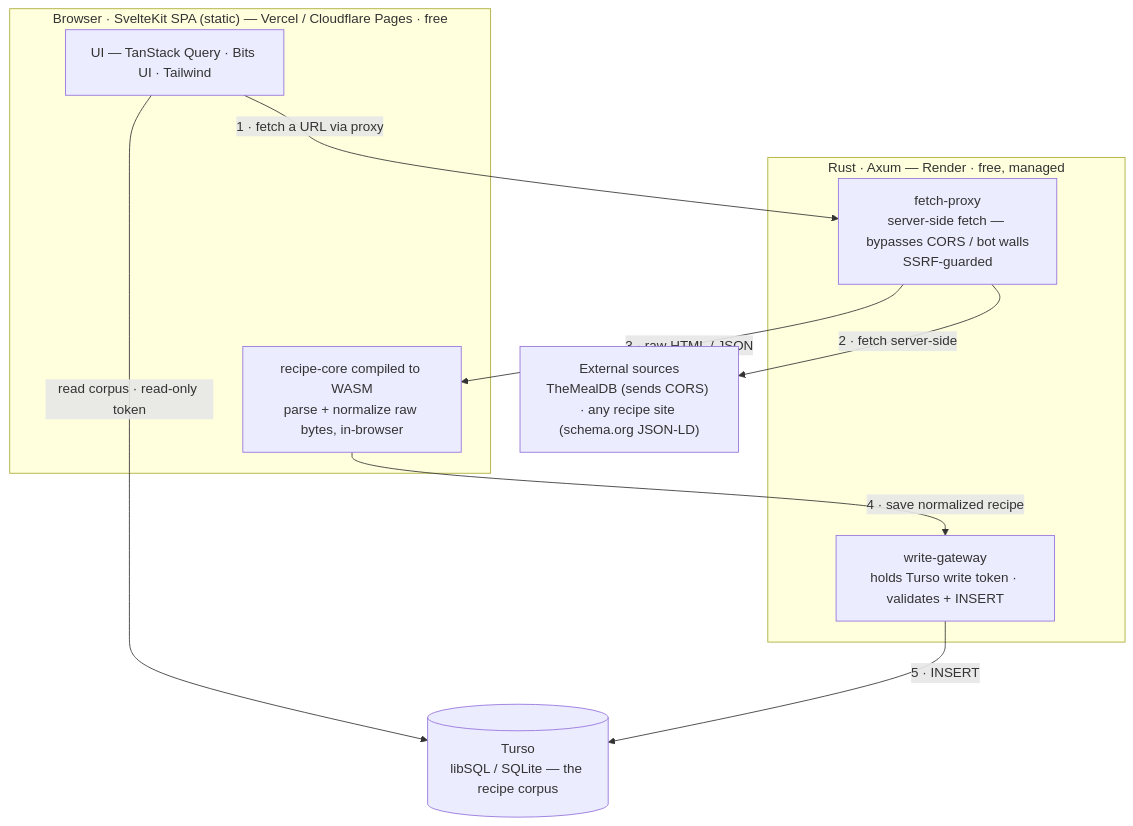
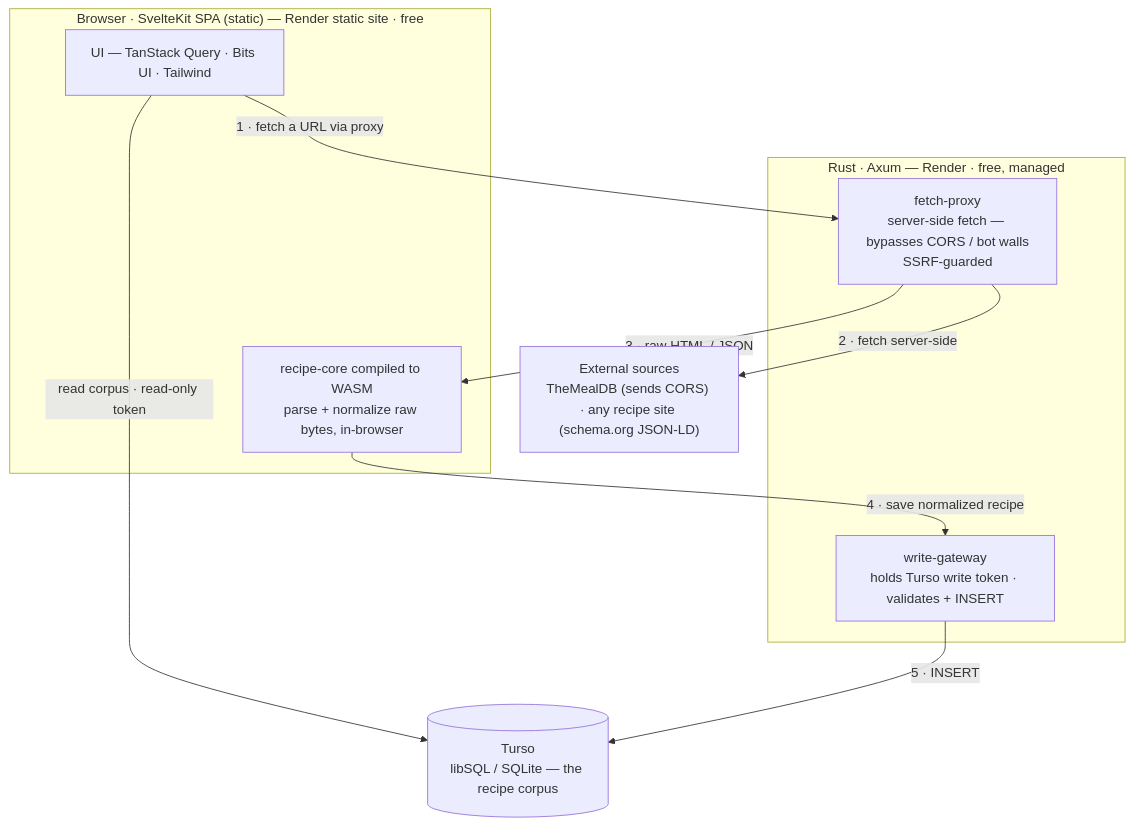
The diagram in README.md (thedavidmeister/recipes), drawn with Mermaid before and after one commit. The commit also changed other lines of this file and 1 other file, not shown here.

First line of the commit message:
docs: stack is Render + Turso; record the Storybook convention

````diff
--- a/README.md
+++ b/README.md
@@ -10,22 +10,22 @@
 ```mermaid
 flowchart TD
-    subgraph browser["Browser · SvelteKit SPA (static) — Vercel / Cloudflare Pages · free"]
+    subgraph browser["Browser · SvelteKit SPA (static) — Render static site · free"]
         ui["UI — TanStack Query · Bits UI · Tailwind"]
         wasm["recipe-core compiled to WASM<br/>parse + normalize raw bytes, in-browser"]
     end
 
     subgraph render["Rust · Axum — Render · free, managed"]
         proxy["fetch-proxy<br/>server-side fetch — bypasses CORS / bot walls<br/>SSRF-guarded"]
         write["write-gateway<br/>holds Turso write token · validates + INSERT"]
     end
 
     turso[("Turso<br/>libSQL / SQLite — the recipe corpus")]
     ext["External sources<br/>TheMealDB (sends CORS) · any recipe site (schema.org JSON-LD)"]
 
     ui -->|"read corpus · read-only token"| turso
     ui -->|"1 · fetch a URL via proxy"| proxy
     proxy -->|"2 · fetch server-side"| ext
     proxy -->|"3 · raw HTML / JSON"| wasm
     wasm -->|"4 · save normalized recipe"| write
     write -->|"5 · INSERT"| turso
 ```
````
